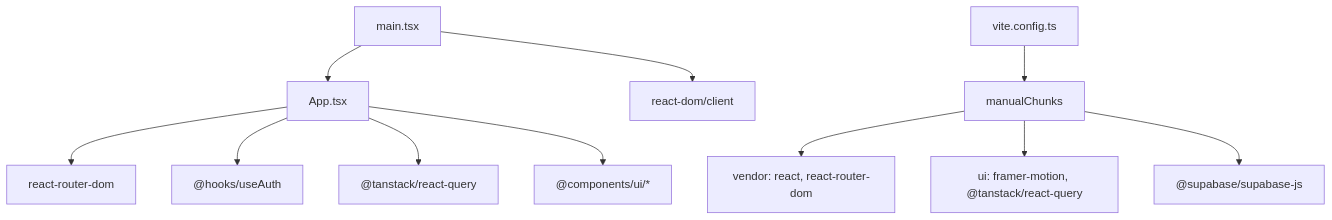
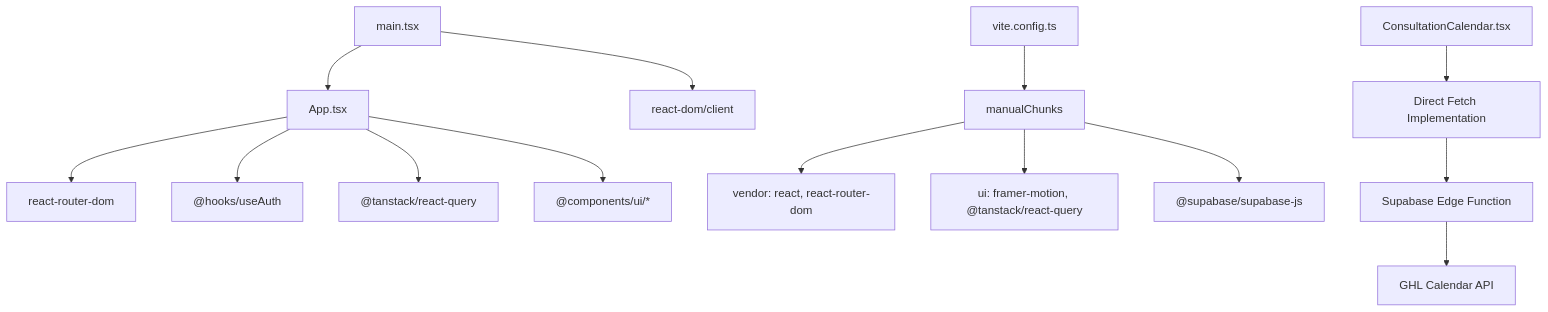
One commit to Hawky1/ryland changed the eighth of 8 diagrams in .qoder/repowiki/en/content/Sales Funnel Pages.md. Above: the diagram before and after it, drawn with Mermaid. The commit also changed other lines of this file and 5 other files, not shown here.

Commit message:
Improve GHL calendar edge function: better logging, optional userId, strip traceId from response

````diff
--- a/.qoder/repowiki/en/content/Sales Funnel Pages.md
+++ b/.qoder/repowiki/en/content/Sales Funnel Pages.md
@@ -230,13 +370,16 @@
 ```mermaid
 graph TB
 App["App.tsx"] --> RR["react-router-dom"]
 App --> Auth["@hooks/useAuth"]
 App --> Query["@tanstack/react-query"]
 App --> UI["@components/ui/*"]
 Main["main.tsx"] --> ReactDOM["react-dom/client"]
 Main --> App
 Vite["vite.config.ts"] --> Split["manualChunks"]
 Split --> Vendor["vendor: react, react-router-dom"]
 Split --> UIChunk["ui: framer-motion, @tanstack/react-query"]
 Split --> Supabase["@supabase/supabase-js"]
+ConsultationCalendar["ConsultationCalendar.tsx"] --> DirectFetch["Direct Fetch Implementation"]
+DirectFetch --> EdgeFunction["Supabase Edge Function"]
+EdgeFunction --> GHLAPI["GHL Calendar API"]
 ```
````
